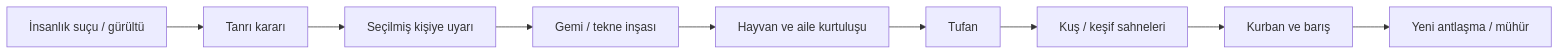
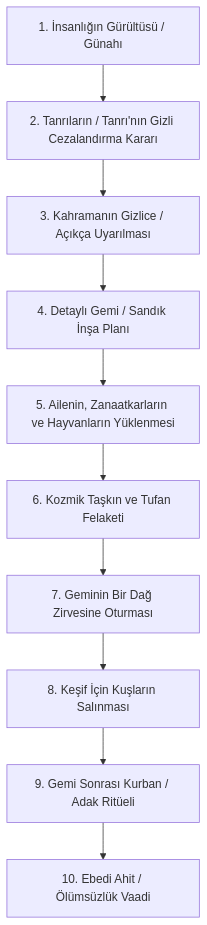
Before and after one commit to arch-yunus/sumer-ibrahim-izleri: the diagram in metin-analizi/tufan-protokolu.md, drawn with Mermaid. The commit also changed other lines of this file and 18 other files, not shown here.

````diff
--- a/metin-analizi/tufan-protokolu.md
+++ b/metin-analizi/tufan-protokolu.md
@@ -7,11 +7,12 @@
 ```mermaid
-flowchart LR
-  A[İnsanlık suçu / gürültü] --> B[Tanrı kararı]
-  B --> C[Seçilmiş kişiye uyarı]
-  C --> D[Gemi / tekne inşası]
-  D --> E[Hayvan ve aile kurtuluşu]
-  E --> F[Tufan]
-  F --> G[Kuş / keşif sahneleri]
-  G --> H[Kurban ve barış]
-  H --> I[Yeni antlaşma / mühür]
+flowchart TD
+  A[1. İnsanlığın Gürültüsü / Günahı] --> B[2. Tanrıların / Tanrı'nın Gizli Cezalandırma Kararı]
+  B --> C[3. Kahramanın Gizlice / Açıkça Uyarılması]
+  C --> D[4. Detaylı Gemi / Sandık İnşa Planı]
+  D --> E[5. Ailenin, Zanaatkarların ve Hayvanların Yüklenmesi]
+  E --> F[6. Kozmik Taşkın ve Tufan Felaketi]
+  F --> G[7. Geminin Bir Dağ Zirvesine Oturması]
+  G --> H[8. Keşif İçin Kuşların Salınması]
+  H --> I[9. Gemi Sonrası Kurban / Adak Ritüeli]
+  I --> J[10. Ebedi Ahit / Ölümsüzlük Vaadi]
 ```
````
